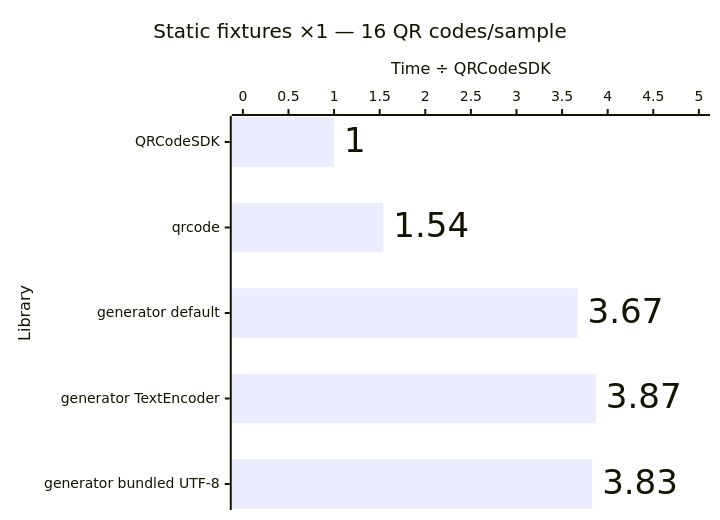
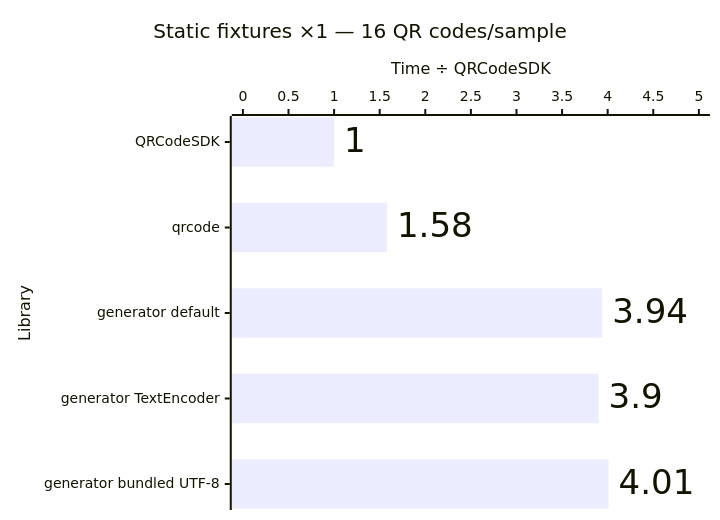
The first of 12 diagrams in apps/docs/src/content/docs/advanced/performance.md (Dafnik/qrcodesdk), drawn with Mermaid before and after one commit. The commit also changed other lines of this file and 12 other files, not shown here.

````diff
--- a/apps/docs/src/content/docs/advanced/performance.md
+++ b/apps/docs/src/content/docs/advanced/performance.md
@@ -25,15 +25,15 @@
 ```mermaid
 ---
 config:
   xyChart:
     showDataLabel: true
     showDataLabelOutsideBar: true
 ---
 xychart horizontal
   accTitle: Matrix generation: Static fixtures ×1 — 16 QR codes/sample
-  accDescr: Relative median time compared with QRCodeSDK. QRCodeSDK 1.00 times, qrcode 1.54 times, generator default 3.67 times, generator TextEncoder 3.87 times, generator bundled UTF-8 3.83 times. Lower is better.
+  accDescr: Relative median time compared with QRCodeSDK. QRCodeSDK 1.00 times, qrcode 1.58 times, generator default 3.94 times, generator TextEncoder 3.90 times, generator bundled UTF-8 4.01 times. Lower is better.
   title "Static fixtures ×1 — 16 QR codes/sample"
   x-axis "Library" ["QRCodeSDK", "qrcode", "generator default", "generator TextEncoder", "generator bundled UTF-8"]
   y-axis "Time ÷ QRCodeSDK" 0 --> 5.0
-  bar [1.00, 1.54, 3.67, 3.87, 3.83]
+  bar [1.00, 1.58, 3.94, 3.90, 4.01]
 ```
````
